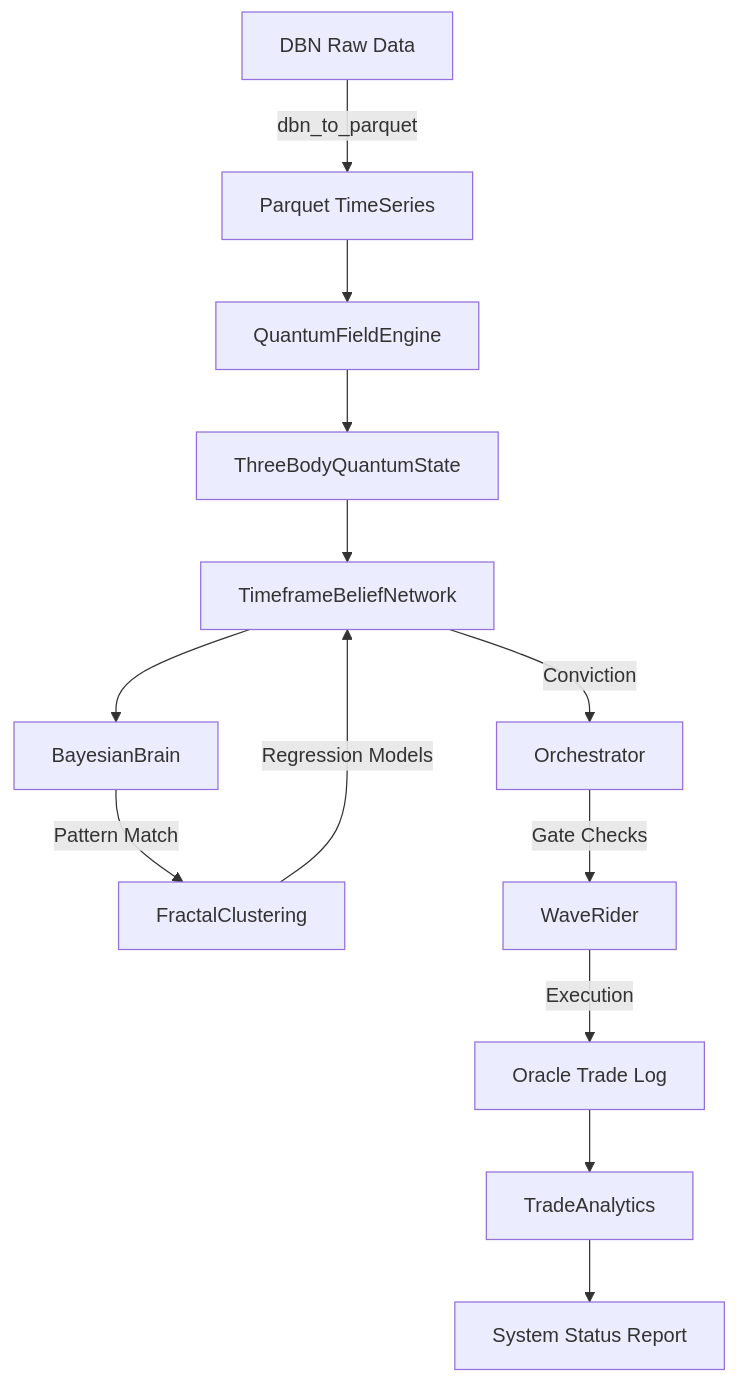
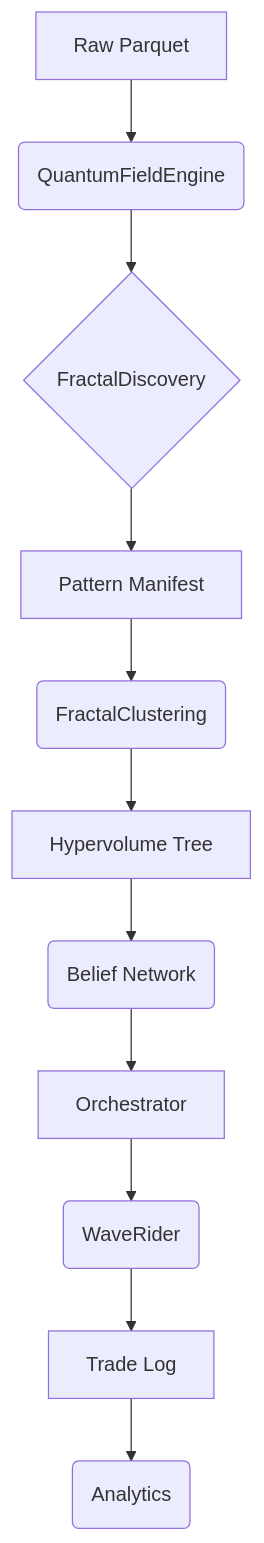
The diagram in docs/ARCHITECTURE.md (reyses/Bayesian-AI), drawn with Mermaid before and after one commit. The commit also changed other lines of this file and 2 other files, not shown here.

````diff
--- a/docs/ARCHITECTURE.md
+++ b/docs/ARCHITECTURE.md
@@ -58,15 +59,13 @@
 ```mermaid
 graph TD
-    Raw[DBN Raw Data] -->|dbn_to_parquet| Parquet[Parquet TimeSeries]
-    Parquet --> Engine[QuantumFieldEngine]
-    Engine --> State[ThreeBodyQuantumState]
-    State --> TBN[TimeframeBeliefNetwork]
-    TBN --> Brain[BayesianBrain]
-    Brain -->|Pattern Match| Cluster[FractalClustering]
-    Cluster -->|Regression Models| TBN
-    TBN -->|Conviction| Orch[Orchestrator]
-    Orch -->|Gate Checks| Wave[WaveRider]
-    Wave -->|Execution| Log[Oracle Trade Log]
-    Log --> Analytics[TradeAnalytics]
-    Analytics --> Report[System Status Report]
+    A[Raw Parquet] --> B(QuantumFieldEngine)
+    B --> C{FractalDiscovery}
+    C --> D[Pattern Manifest]
+    D --> E(FractalClustering)
+    E --> F[Hypervolume Tree]
+    F --> G(Belief Network)
+    G --> H[Orchestrator]
+    H --> I(WaveRider)
+    I --> J[Trade Log]
+    J --> K(Analytics)
 ```
````
